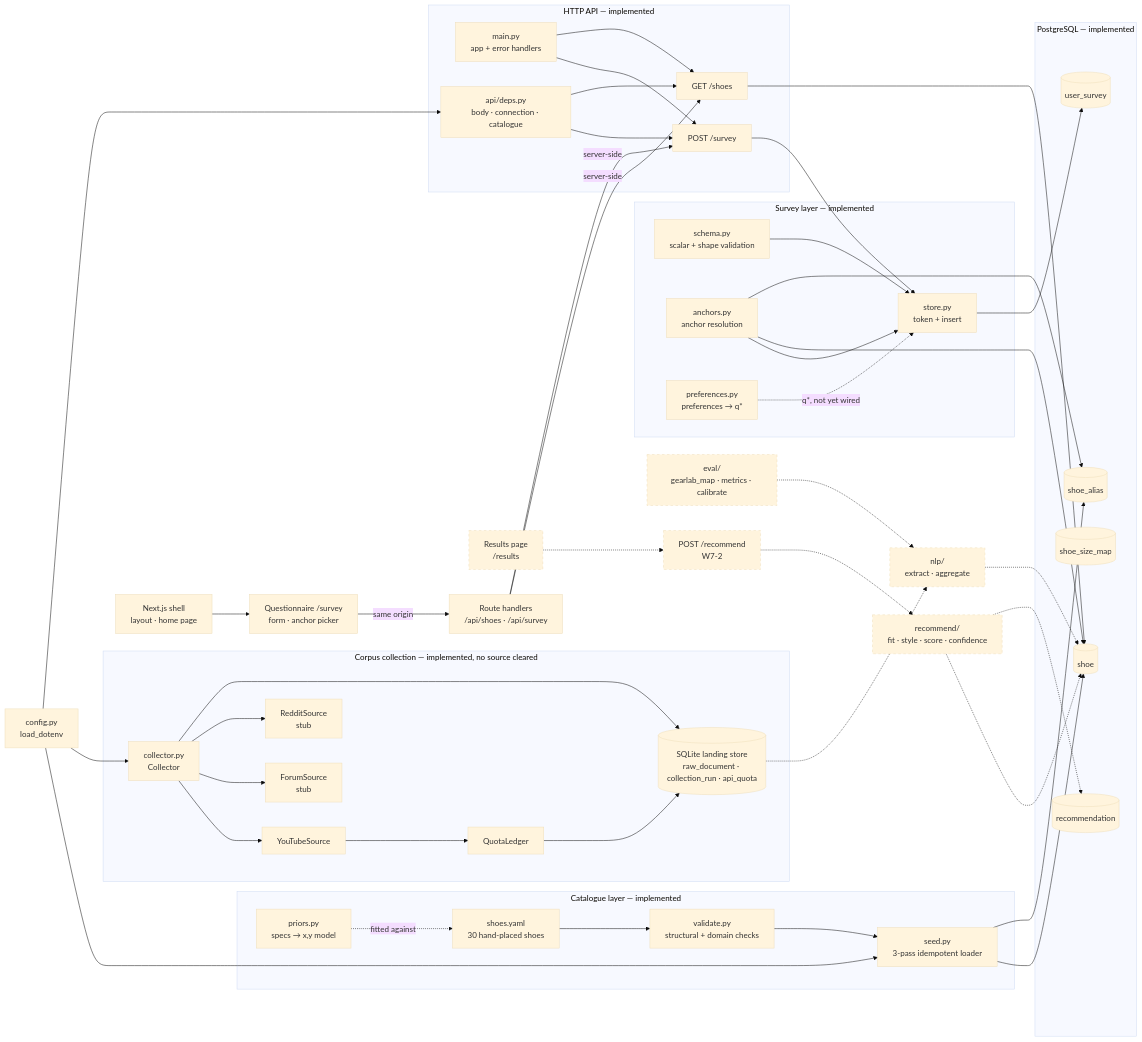
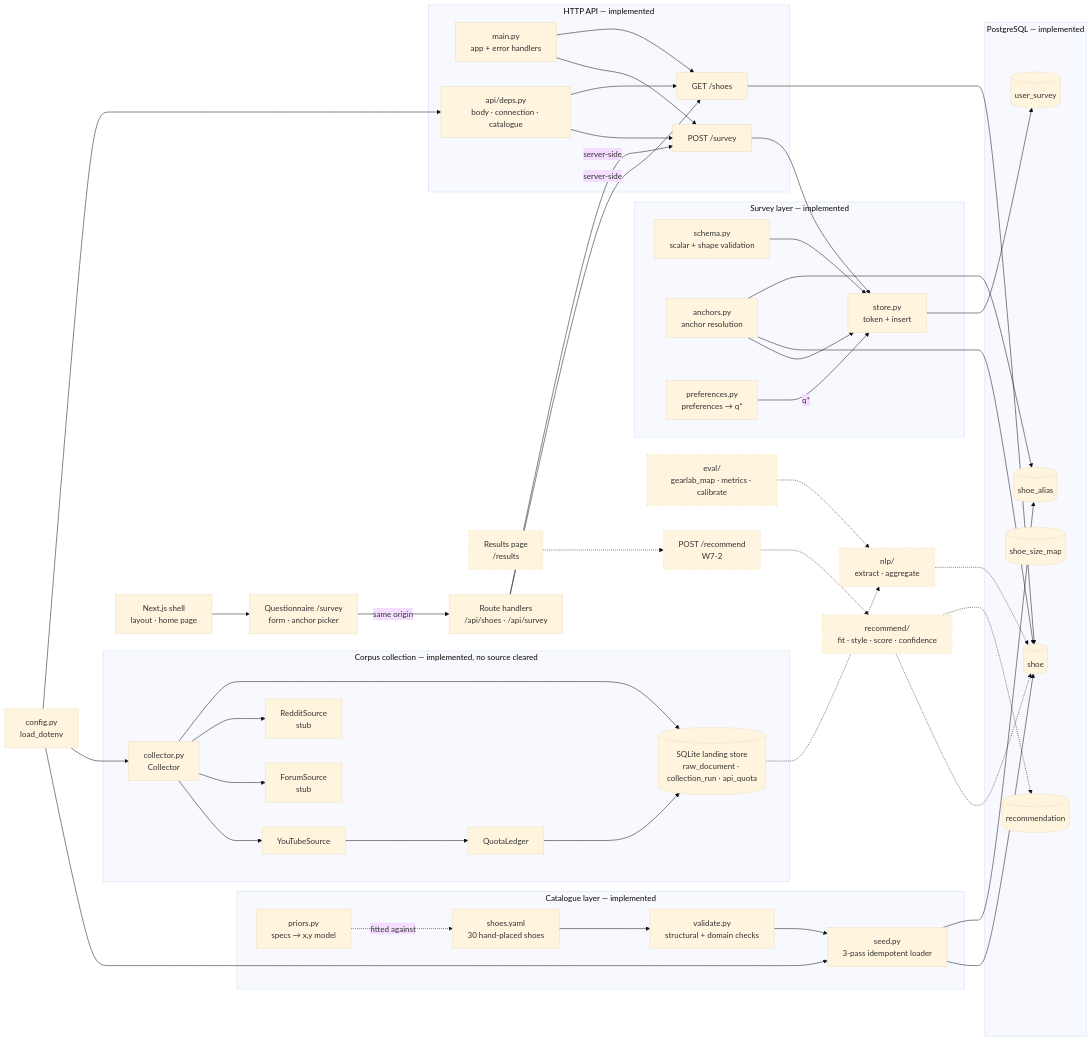
One commit to barlu3/CruxUp changed the first of 2 diagrams in docs/ARCHITECTURE.md. Above: the diagram before and after it, drawn with Mermaid (base theme). The commit also changed other lines of this file, not shown here.

First line of the commit message:
W4'-4a-B: ARCHITECTURE describes the server-side q* derivation

```diff
--- a/docs/ARCHITECTURE.md
+++ b/docs/ARCHITECTURE.md
@@ -86,7 +86,7 @@
   ANC --> STO
   ANC --> SHOE & ALIAS
   STO --> SURV
-  PREF -.->|"q*, not yet wired"| STO
+  PREF -->|"q*"| STO
   MAIN --> RSURV
   MAIN --> RSHOE
   DEPS --> RSURV
```
